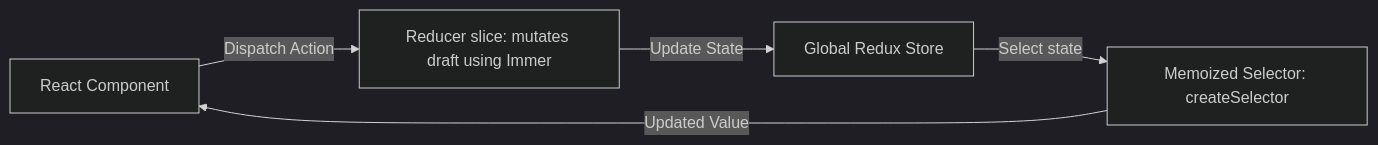
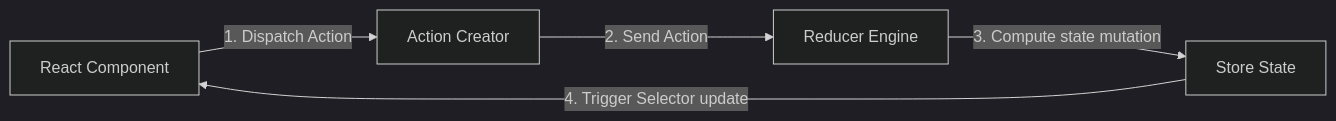
One commit to AD0791/interviewprep changed the diagram in frameworks_specifics/06_redux_toolkit.md. Above: the diagram before and after it, drawn with Mermaid (dark theme). The commit also changed other lines of this file and 8 other files, not shown here.

````diff
--- a/frameworks_specifics/06_redux_toolkit.md
+++ b/frameworks_specifics/06_redux_toolkit.md
@@ -18,7 +16,7 @@
 ```mermaid
 graph LR
-    Comp[React Component] -->|Dispatch Action| Slice[Reducer slice: mutates draft using Immer]
-    Slice -->|Update State| Store[Global Redux Store]
-    Store -->|Select state| Selector[Memoized Selector: createSelector]
-    Selector -->|Updated Value| Comp
+    Component[React Component] -->|1. Dispatch Action| Action[Action Creator]
+    Action -->|2. Send Action| Reducer[Reducer Engine]
+    Reducer -->|3. Compute state mutation| Store[Store State]
+    Store -->|4. Trigger Selector update| Component
 ```
````
